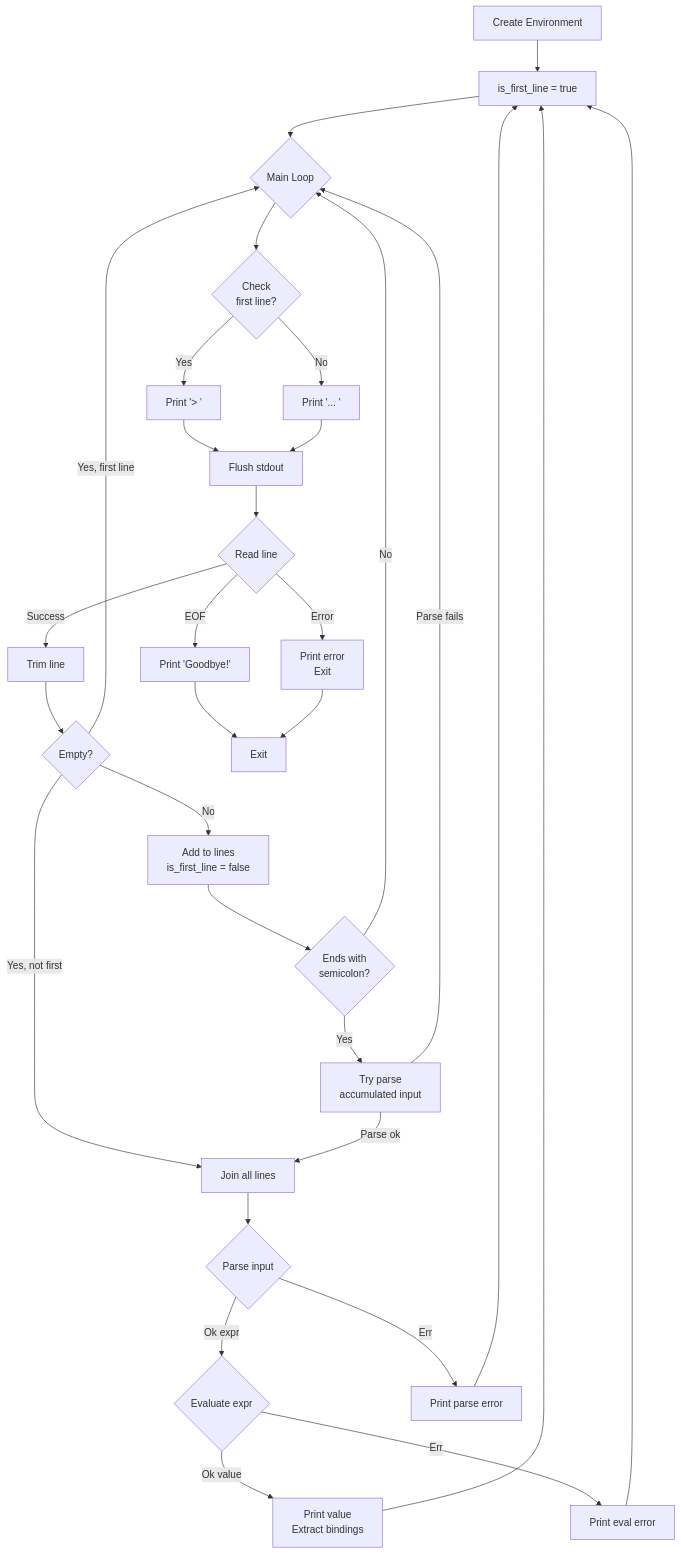
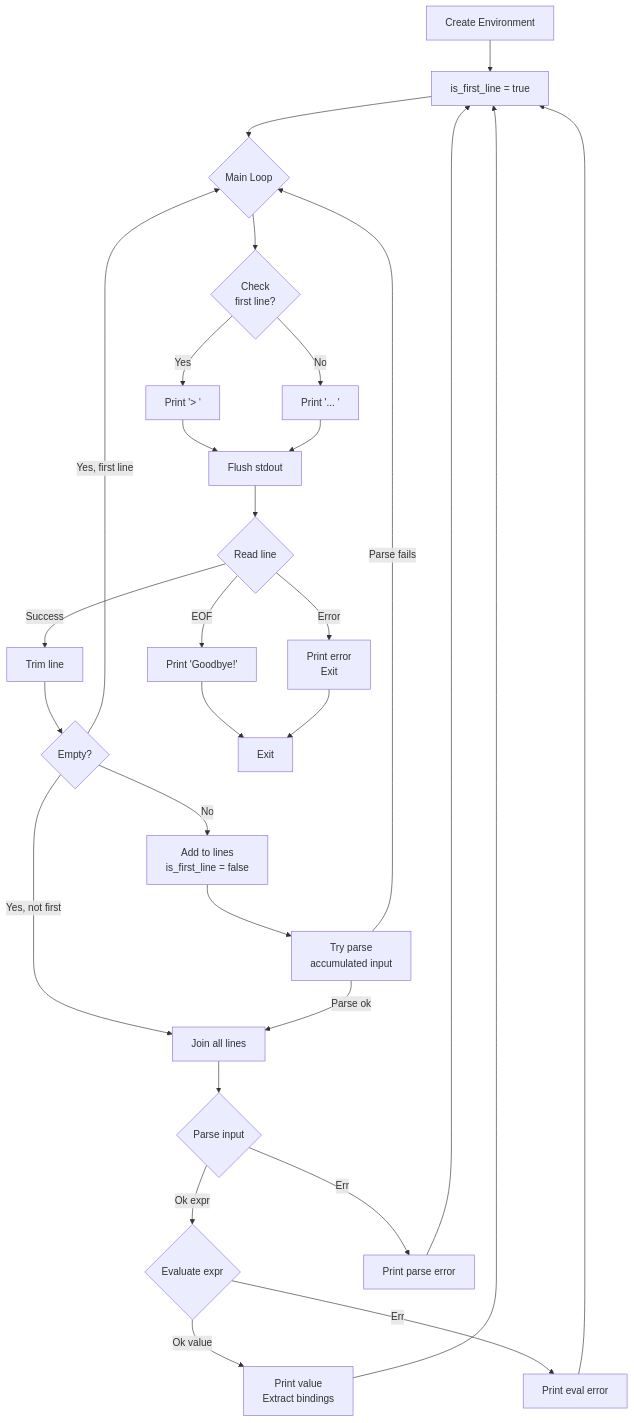
The fifth of 10 diagrams in docs/MODULE_MAIN.md (vansweej/parlang), drawn with Mermaid before and after one commit. The commit also changed other lines of this file and 1 other file, not shown here.

````diff
--- a/docs/MODULE_MAIN.md
+++ b/docs/MODULE_MAIN.md
@@ -264,45 +264,43 @@
 ```mermaid
 flowchart TD
     START[Create Environment] --> INIT[is_first_line = true]
     INIT --> LOOP{Main Loop}
     
     LOOP --> PROMPT{Check<br/>first line?}
     PROMPT -->|Yes| PROMPT_GT[Print '> ']
     PROMPT -->|No| PROMPT_DOT[Print '... ']
     
     PROMPT_GT --> FLUSH[Flush stdout]
     PROMPT_DOT --> FLUSH
     
     FLUSH --> READ{Read line}
     
     READ -->|EOF| GOODBYE[Print 'Goodbye!']
     READ -->|Error| ERROR[Print error<br/>Exit]
     READ -->|Success| TRIM[Trim line]
     
     TRIM --> EMPTY{Empty?}
     EMPTY -->|Yes, first line| LOOP
     EMPTY -->|Yes, not first| PARSE_ALL[Join all lines]
     EMPTY -->|No| ACCUMULATE[Add to lines<br/>is_first_line = false]
     
-    ACCUMULATE --> CHECK_SEMI{Ends with<br/>semicolon?}
-    CHECK_SEMI -->|No| LOOP
-    CHECK_SEMI -->|Yes| TRY_PARSE[Try parse<br/>accumulated input]
+    ACCUMULATE --> TRY_PARSE[Try parse<br/>accumulated input]
     
     TRY_PARSE -->|Parse ok| PARSE_ALL
     TRY_PARSE -->|Parse fails| LOOP
     
     PARSE_ALL --> PARSE{Parse input}
     
     PARSE -->|Ok expr| EVAL{Evaluate expr}
     PARSE -->|Err| PARSE_ERR[Print parse error]
     
     EVAL -->|Ok value| PRINT_VAL[Print value<br/>Extract bindings]
     EVAL -->|Err| EVAL_ERR[Print eval error]
     
     PRINT_VAL --> INIT
     PARSE_ERR --> INIT
     EVAL_ERR --> INIT
     
     GOODBYE --> END[Exit]
     ERROR --> END
 ```
````
